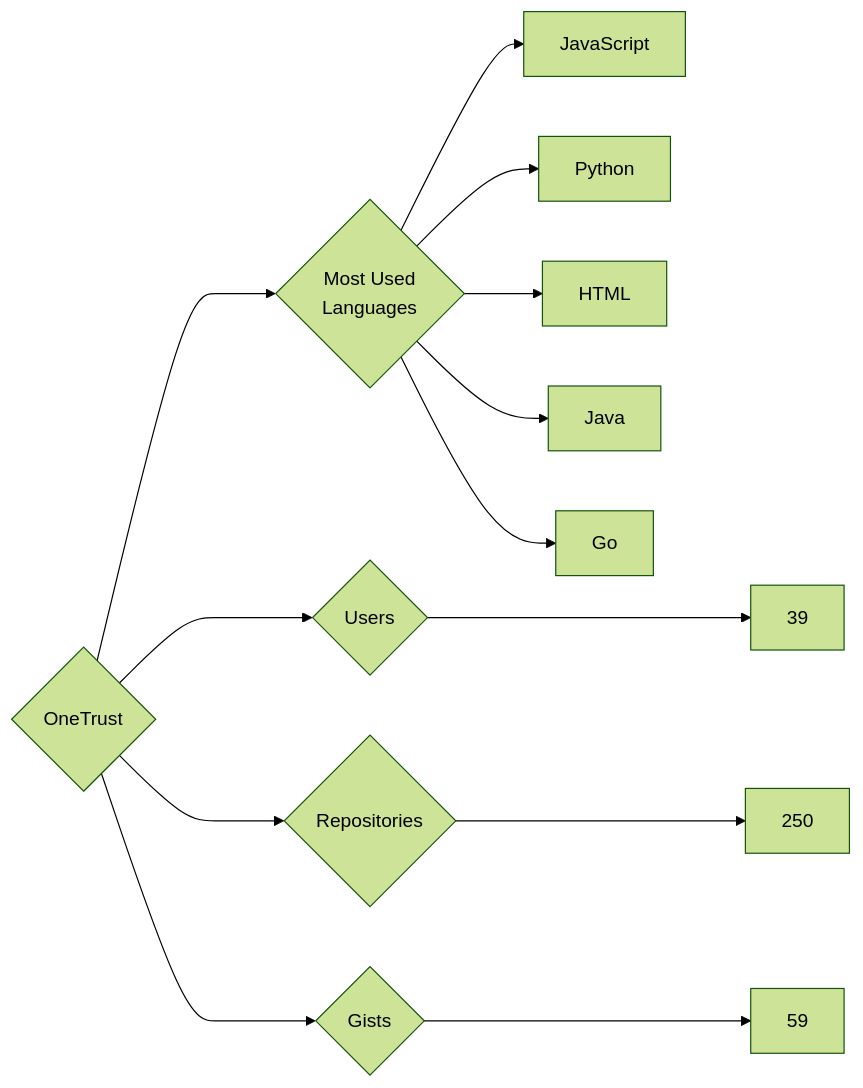
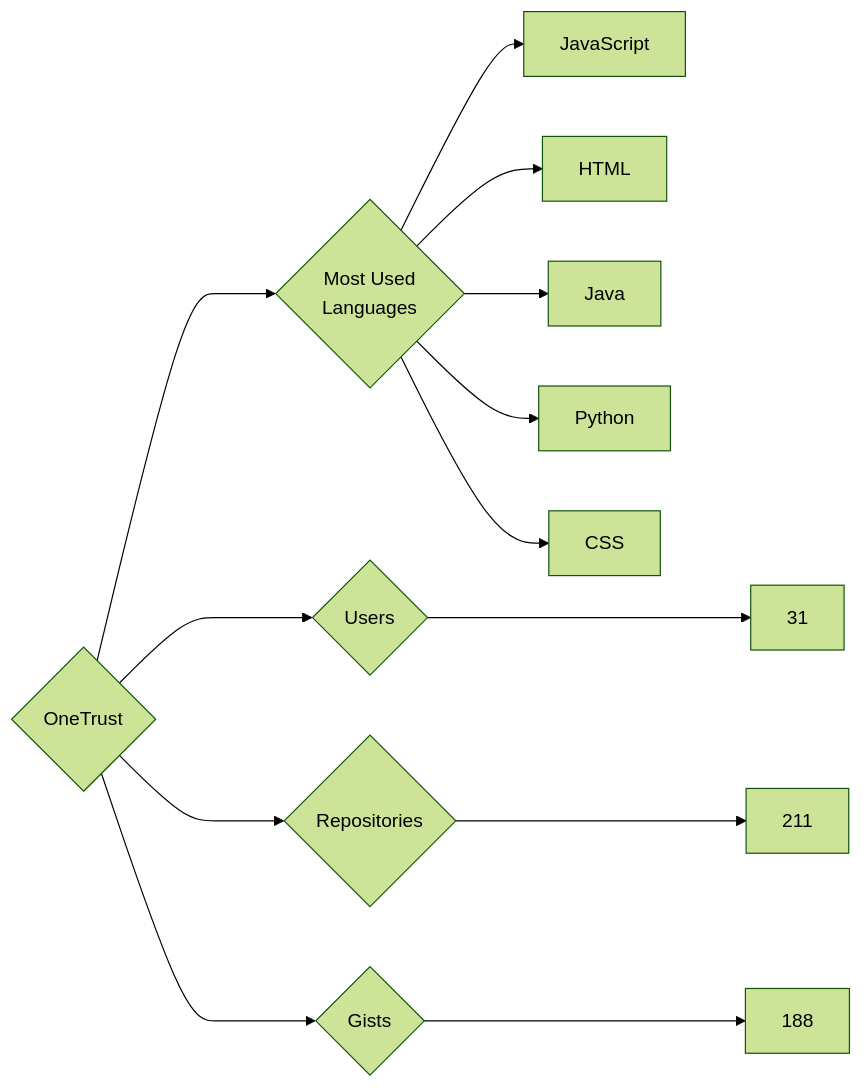
Before and after one commit to trickest/insiders: the diagram in targets/OneTrust/README.md, drawn with Mermaid (forest theme). The commit also changed 773 other files, not shown here.

````diff
--- a/targets/OneTrust/README.md
+++ b/targets/OneTrust/README.md
@@ -3,13 +3,13 @@
 ```mermaid
 graph LR
 COMPANY_NAME{OneTrust}
-COMPANY_NAME ---> U{Users} ---> UN[39]
-COMPANY_NAME ---> R{Repositories} ---> RN[250]
-COMPANY_NAME ---> G{Gists} ---> GN[59]
+COMPANY_NAME ---> U{Users} ---> UN[31]
+COMPANY_NAME ---> R{Repositories} ---> RN[211]
+COMPANY_NAME ---> G{Gists} ---> GN[188]
 COMPANY_NAME ---> ML{Most Used<br>Languages}
 ML --> JavaScript[JavaScript]
-ML --> Python[Python]
 ML --> HTML[HTML]
 ML --> Java[Java]
-ML --> Go[Go]
+ML --> Python[Python]
+ML --> CSS[CSS]
 ```
````
